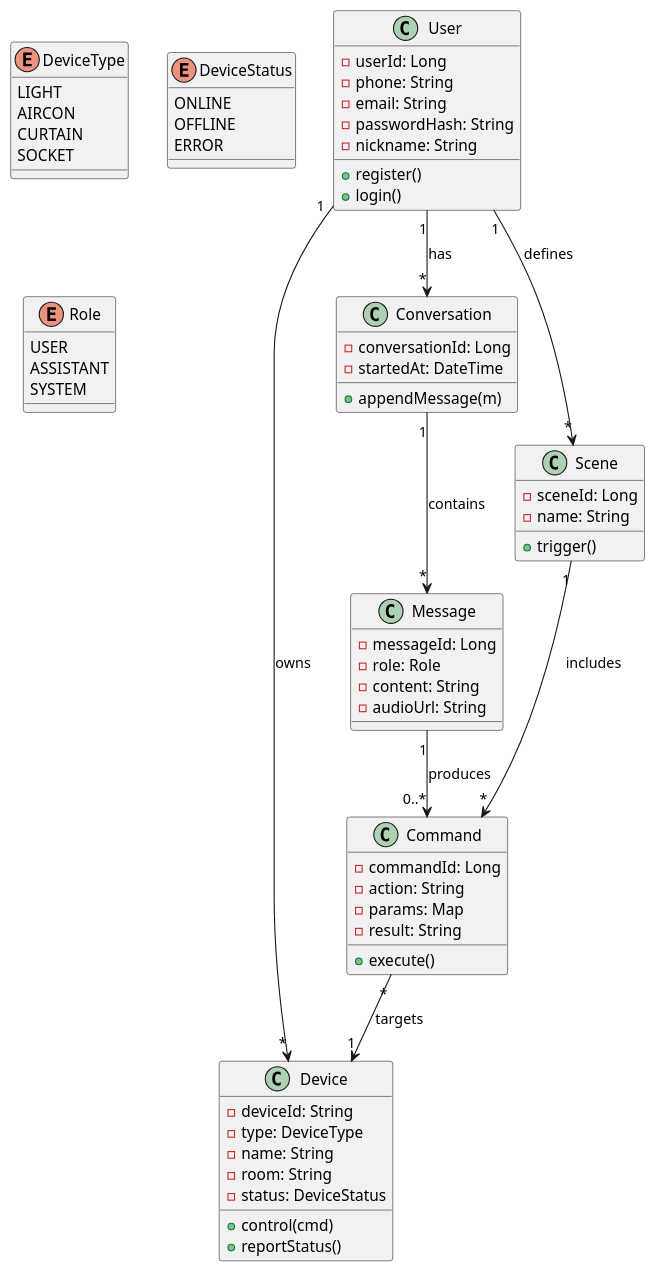
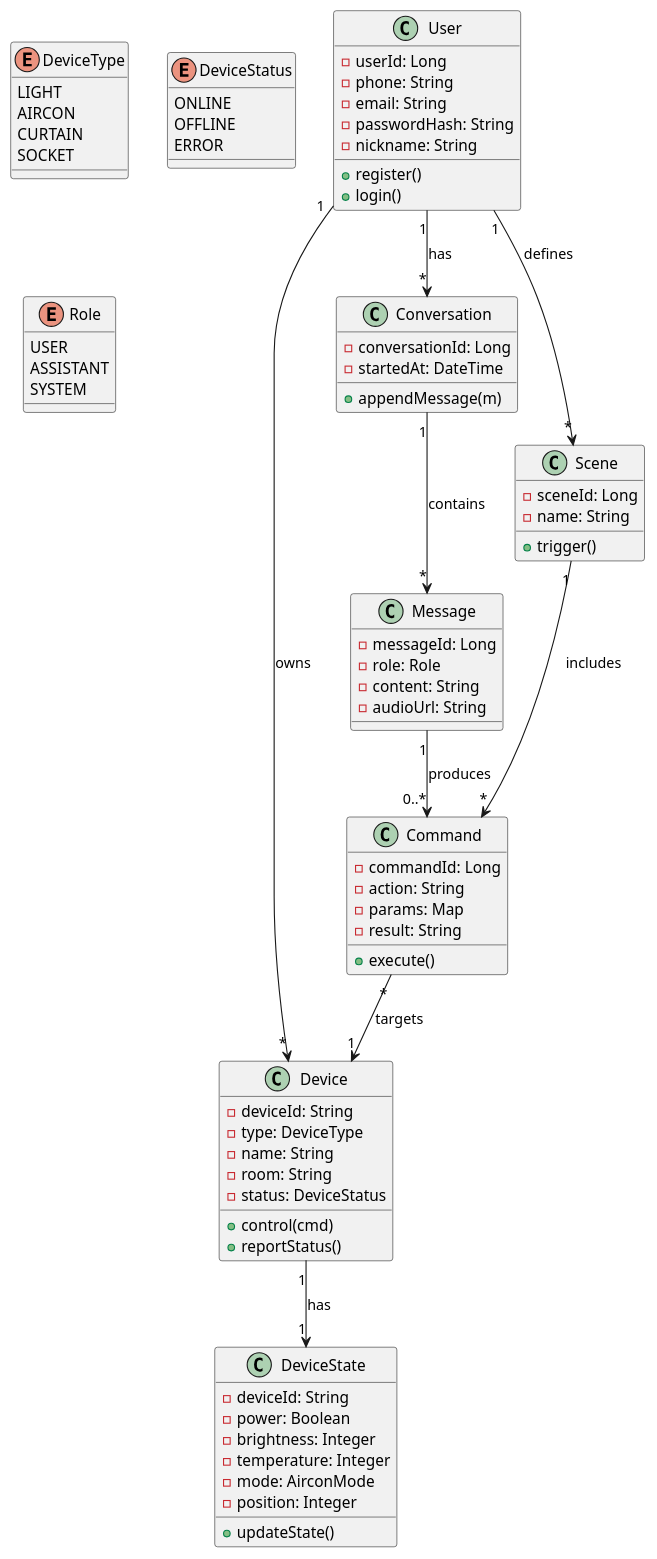
Before and after one commit to Yoruko666/Taffy-Assistant: the second of 4 diagrams in docs/02-需求分析文档.md, drawn with PlantUML. The commit also changed other lines of this file and 27 other files, not shown here.

```diff
--- a/docs/02-需求分析文档.md
+++ b/docs/02-需求分析文档.md
@@ -412,6 +413,16 @@
   - status: DeviceStatus
   + control(cmd)
   + reportStatus()
+}
+
+class DeviceState {
+  - deviceId: String
+  - power: Boolean
+  - brightness: Integer
+  - temperature: Integer
+  - mode: AirconMode
+  - position: Integer
+  + updateState()
 }
 
 class Conversation {
@@ -461,6 +472,7 @@
 }
 
 User "1" --> "*" Device : owns
+Device "1" --> "1" DeviceState : has
 User "1" --> "*" Conversation : has
 User "1" --> "*" Scene : defines
 Conversation "1" --> "*" Message : contains
```
